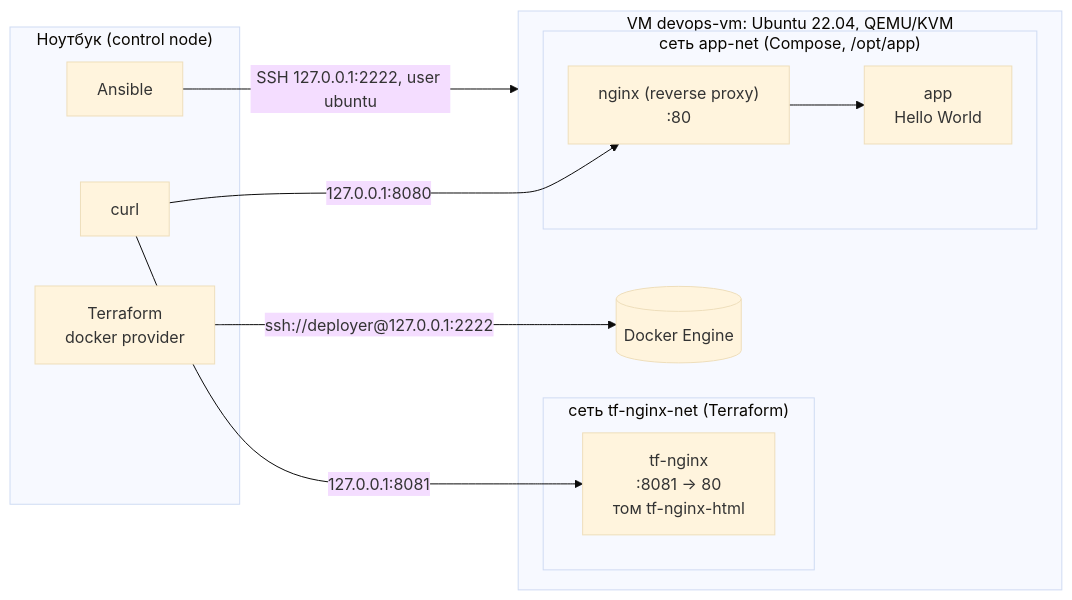
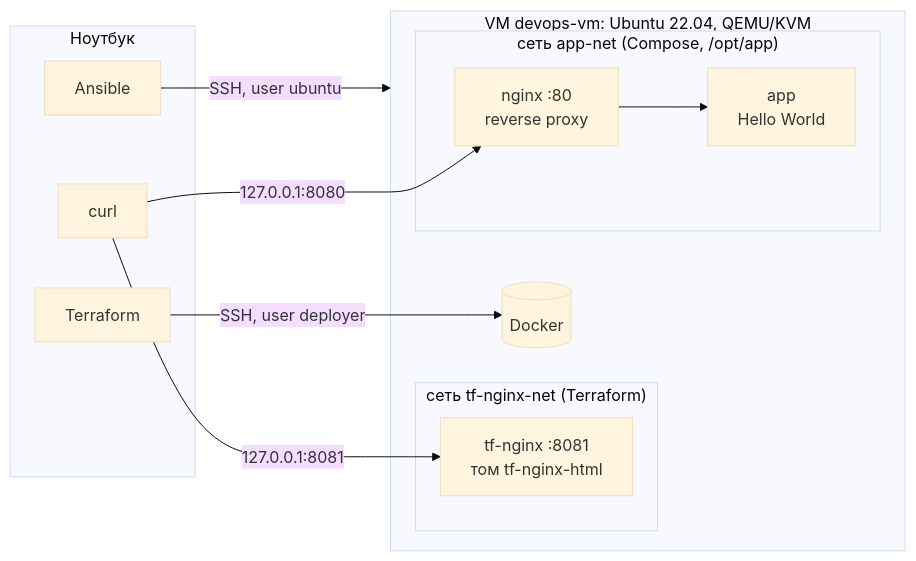
Before and after one commit to mihailgerega/devops: the diagram in README.md, drawn with Mermaid (base theme). The commit also changed other lines of this file and 8 other files, not shown here.

````diff
--- a/README.md
+++ b/README.md
@@ -19,21 +15,21 @@
 ```mermaid
 flowchart LR
-  subgraph laptop["Ноутбук (control node)"]
+  subgraph laptop["Ноутбук"]
     ANS[Ansible]
-    TF[Terraform<br/>docker provider]
+    TF[Terraform]
     CURL[curl]
   end
   subgraph vm["VM devops-vm: Ubuntu 22.04, QEMU/KVM"]
-    DOCKER[(Docker Engine)]
+    DOCKER[(Docker)]
     subgraph tfnet["сеть tf-nginx-net (Terraform)"]
-      TFN["tf-nginx<br/>:8081 → 80<br/>том tf-nginx-html"]
+      TFN["tf-nginx :8081<br/>том tf-nginx-html"]
     end
     subgraph appnet["сеть app-net (Compose, /opt/app)"]
-      PROXY["nginx (reverse proxy)<br/>:80"] --> APP["app<br/>Hello World"]
+      PROXY["nginx :80<br/>reverse proxy"] --> APP["app<br/>Hello World"]
     end
   end
-  ANS -- "SSH 127.0.0.1:2222, user ubuntu" --> vm
-  TF -- "ssh://deployer@127.0.0.1:2222" --> DOCKER
+  ANS -- "SSH, user ubuntu" --> vm
+  TF -- "SSH, user deployer" --> DOCKER
   CURL -- "127.0.0.1:8081" --> TFN
   CURL -- "127.0.0.1:8080" --> PROXY
 ```
````
